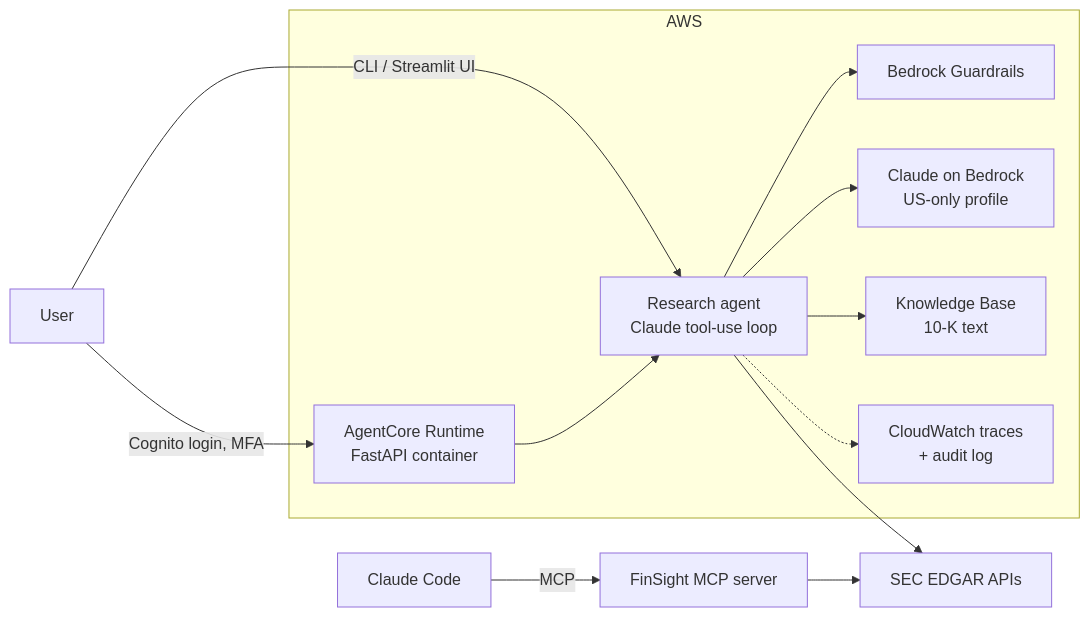
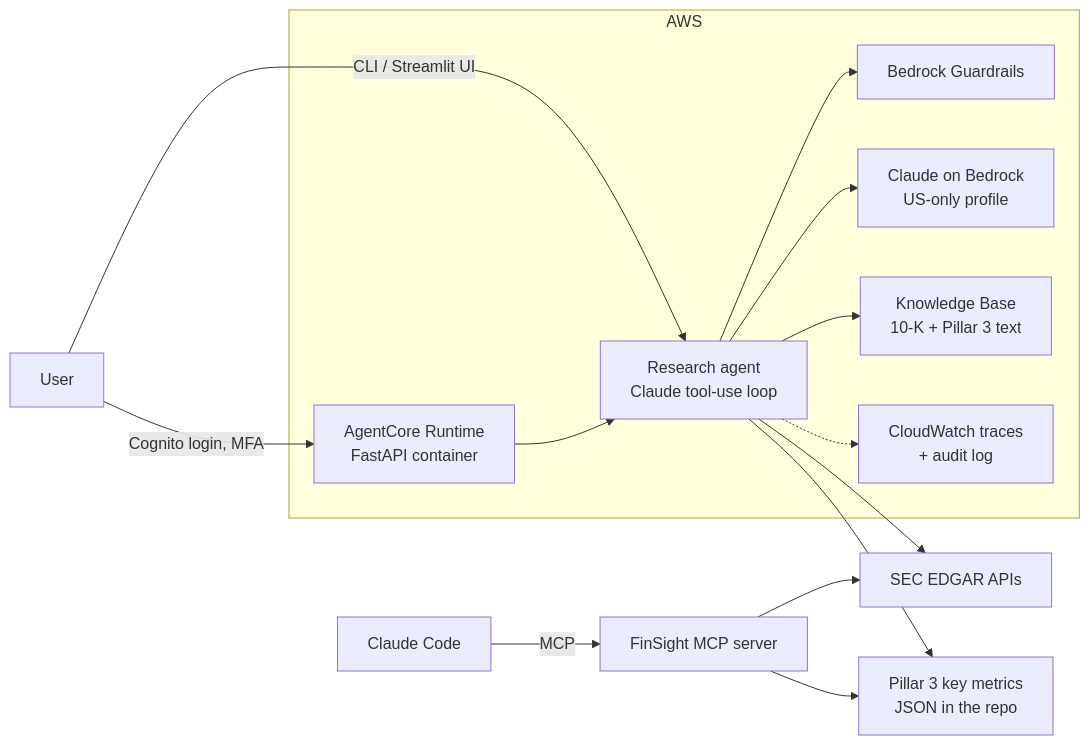
Before and after one commit to AkhilKadarla/Agentic_AI: the diagram in README.md, drawn with Mermaid. The commit also changed other lines of this file, not shown here.

First line of the commit message:
README: document Pillar 3 regulatory reports

````diff
--- a/README.md
+++ b/README.md
@@ -26,14 +32,16 @@
 ```mermaid
 flowchart LR
     U[User] -->|CLI / Streamlit UI| A
     U -->|Cognito login, MFA| RT
     subgraph AWS
         RT[AgentCore Runtime<br/>FastAPI container] --> A
         A[Research agent<br/>Claude tool-use loop] --> G[Bedrock Guardrails]
         A --> M[Claude on Bedrock<br/>US-only profile]
-        A --> KB[Knowledge Base<br/>10-K text]
+        A --> KB[Knowledge Base<br/>10-K + Pillar 3 text]
         A -.-> O[CloudWatch traces<br/>+ audit log]
     end
     A --> SEC[SEC EDGAR APIs]
+    A --> P3[Pillar 3 key metrics<br/>JSON in the repo]
     C[Claude Code] -->|MCP| T[FinSight MCP server] --> SEC
+    T --> P3
 ```
````
